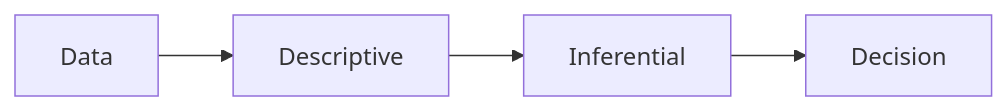
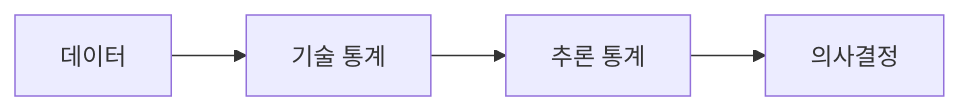
The diagram in content/statistics-101/ko/01-what-is-statistics.md (yeongseon-books/book-content), drawn with Mermaid before and after one commit. The commit also changed other lines of this file and 3 other files, not shown here.

````diff
--- a/content/statistics-101/ko/01-what-is-statistics.md
+++ b/content/statistics-101/ko/01-what-is-statistics.md
@@ -35,6 +48,6 @@
 ```mermaid
 flowchart LR
-    Data["Data"] --> Desc["Descriptive"]
-    Desc --> Infer["Inferential"]
-    Infer --> Decide["Decision"]
+    Data["데이터"] --> Desc["기술 통계"]
+    Desc --> Infer["추론 통계"]
+    Infer --> Decide["의사결정"]
 ```
````
